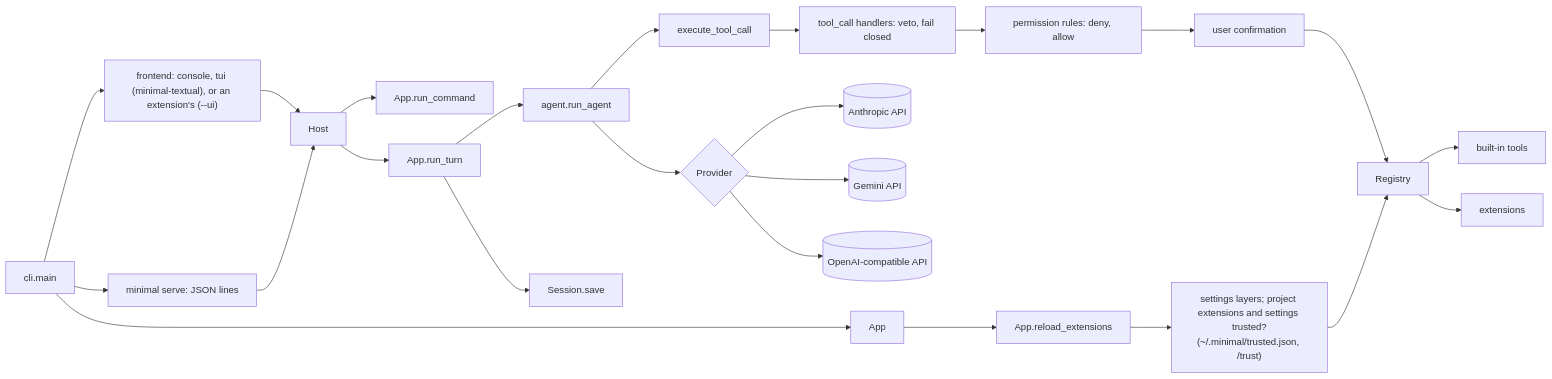
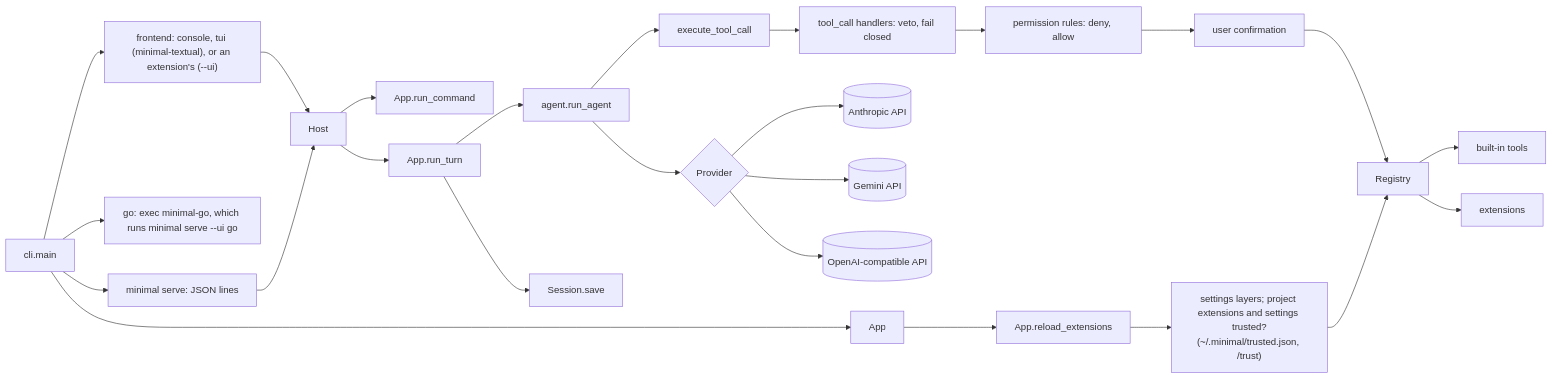
Before and after one commit to RafaSG13/Minimal: the diagram in README.md, drawn with Mermaid. The commit also changed other lines of this file and 29 other files, not shown here.

````diff
--- a/README.md
+++ b/README.md
@@ -249,18 +282,19 @@
 ```mermaid
 flowchart LR
   cli[cli.main] --> app[App]
   cli --> frontend["frontend: console, tui (minimal-textual), or an extension's (--ui)"] --> host[Host]
+  cli --> go["go: exec minimal-go, which runs minimal serve --ui go"]
   cli --> serve["minimal serve: JSON lines"] --> host
   host --> commands[App.run_command]
   host --> turn[App.run_turn]
   turn --> agent[agent.run_agent]
   agent --> provider{Provider}
   provider --> anthropic[(Anthropic API)]
   provider --> gemini[(Gemini API)]
   provider --> openai[(OpenAI-compatible API)]
   agent --> exec[execute_tool_call] --> guard["tool_call handlers: veto, fail closed"] --> perms["permission rules: deny, allow"] --> confirm[user confirmation] --> registry[Registry]
   registry --> tools[built-in tools]
   registry --> ext[extensions]
   app --> reload[App.reload_extensions] --> trust["settings layers; project extensions and settings trusted?<br/>(~/.minimal/trusted.json, /trust)"] --> registry
   turn --> session[Session.save]
 ```
````
